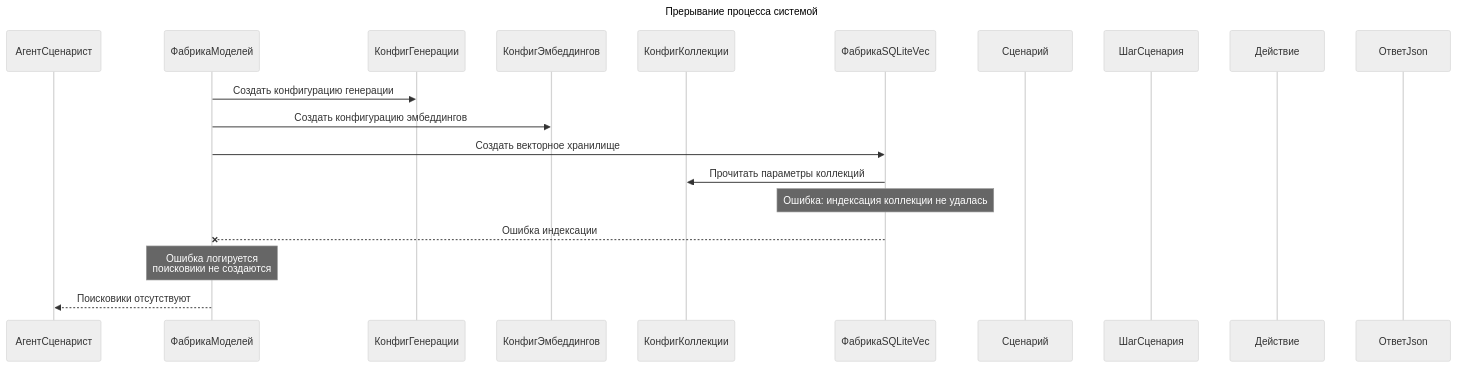
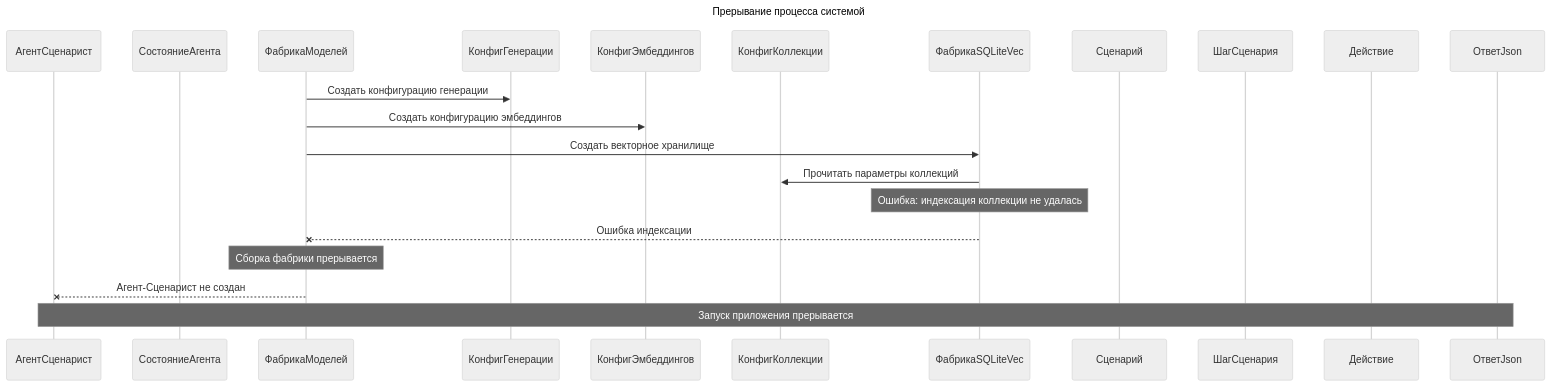
One commit to CHSU-scenarAIst/diagrammy changed the second of 3 diagrams in Пакет Обработка эмбеддингов/2. Диаграмма последовательностей взаимодействия объектов классов пакета.md. Above: the diagram before and after it, drawn with Mermaid (neutral theme). The commit also changed other lines of this file and 13 other files, not shown here.

````diff
--- a/Пакет Обработка эмбеддингов/2. Диаграмма последовательностей взаимодействия объектов классов пакета.md
+++ b/Пакет Обработка эмбеддингов/2. Диаграмма последовательностей взаимодействия объектов классов пакета.md
@@ -47,25 +50,27 @@
 ```mermaid
 ---
 title: Прерывание процесса системой
 ---
 sequenceDiagram
     participant АгентСценарист
+    participant СостояниеАгента
     participant ФабрикаМоделей
     participant КонфигГенерации
     participant КонфигЭмбеддингов
     participant КонфигКоллекции
     participant ФабрикаSQLiteVec
     participant Сценарий
     participant ШагСценария
     participant Действие
     participant ОтветJson
 
     ФабрикаМоделей->>КонфигГенерации: Создать конфигурацию генерации
     ФабрикаМоделей->>КонфигЭмбеддингов: Создать конфигурацию эмбеддингов
     ФабрикаМоделей->>ФабрикаSQLiteVec: Создать векторное хранилище
     ФабрикаSQLiteVec->>КонфигКоллекции: Прочитать параметры коллекций
     Note over ФабрикаSQLiteVec: Ошибка: индексация коллекции не удалась
     ФабрикаSQLiteVec--xФабрикаМоделей: Ошибка индексации
-    Note over ФабрикаМоделей: Ошибка логируется<br/>поисковики не создаются
-    ФабрикаМоделей-->>АгентСценарист: Поисковики отсутствуют
+    Note over ФабрикаМоделей: Сборка фабрики прерывается
+    ФабрикаМоделей--xАгентСценарист: Агент-Сценарист не создан
+    Note over АгентСценарист,ОтветJson: Запуск приложения прерывается
 ```
````
